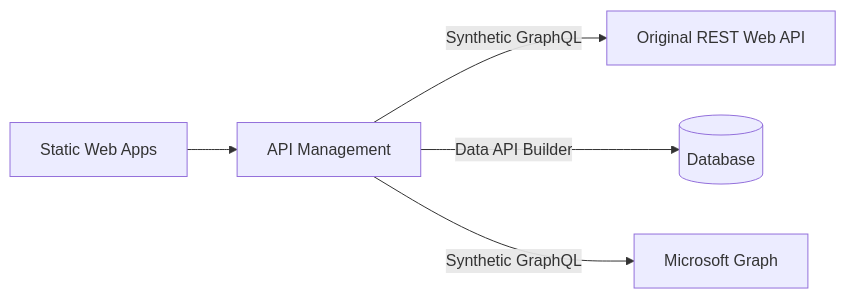
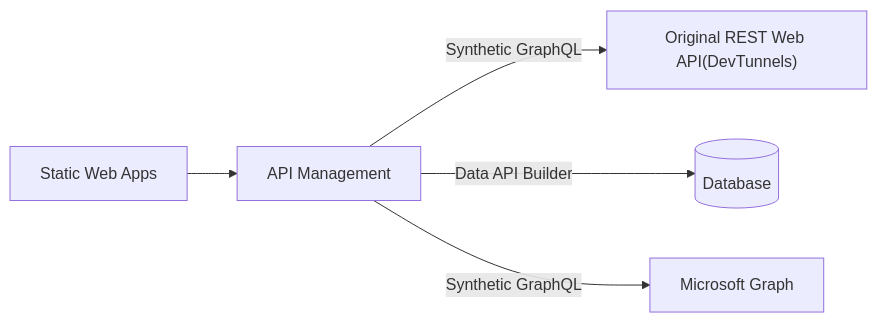
Before and after one commit to Takas0522/learn-asp-dotnet-core: the diagram in LearnGraphQL/README.md, drawn with Mermaid. The commit also changed 1 other file, not shown here.

````diff
--- a/LearnGraphQL/README.md
+++ b/LearnGraphQL/README.md
@@ -3,13 +3,13 @@
 ``` mermaid
 flowchart LR
 
 swa[Static Web Apps]
 apim[API Management]
-oapi[Original REST Web API]
+oapi["Original REST Web API(DevTunnels)"]
 db[(Database)]
 gr[Microsoft Graph]
 swa --> apim
 apim --Synthetic GraphQL--> oapi
 apim --Data API Builder--> db
 apim --Synthetic GraphQL--> gr
 ```
````
